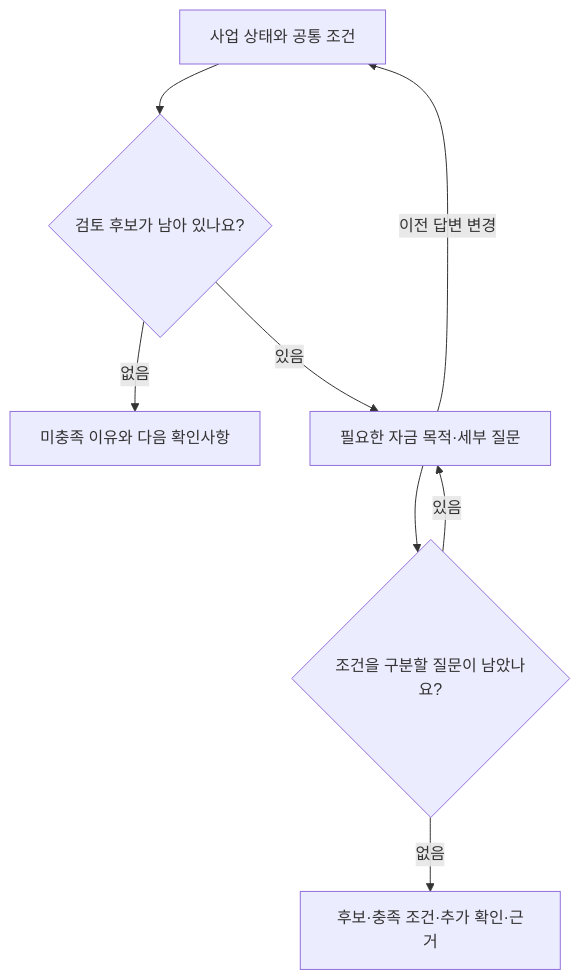
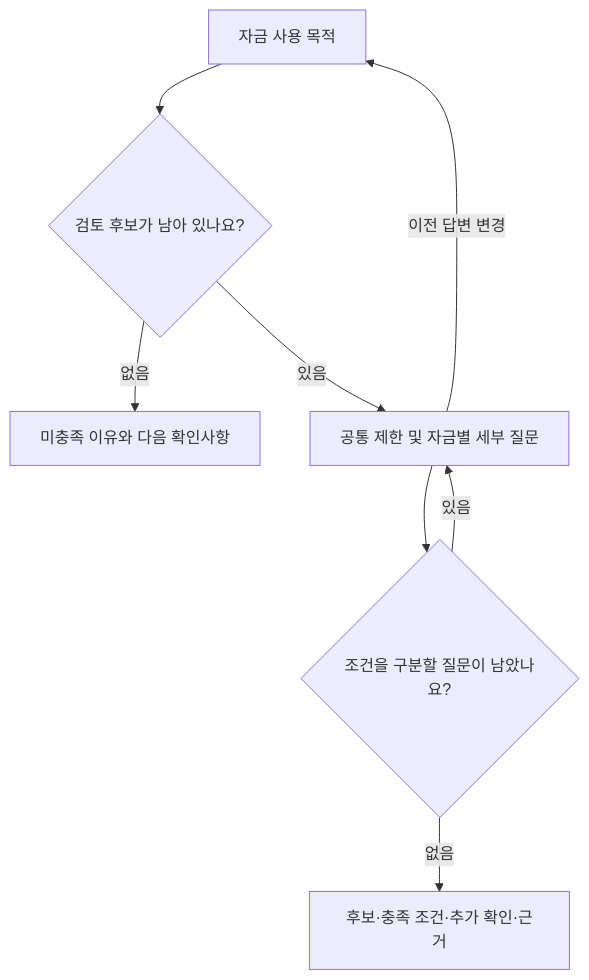
Before and after one commit to pty9945-tech/SEMAS: the diagram in docs/question-flow.md, drawn with Mermaid. The commit also changed other lines of this file and 21 other files, not shown here.

````diff
--- a/docs/question-flow.md
+++ b/docs/question-flow.md
@@ -57,10 +54,10 @@
 ```mermaid
 flowchart TD
- A[사업 상태와 공통 조건] --> B{검토 후보가 남아 있나요?}
+ A[자금 사용 목적] --> B{검토 후보가 남아 있나요?}
  B -- 없음 --> R[미충족 이유와 다음 확인사항]
- B -- 있음 --> C[필요한 자금 목적·세부 질문]
+ B -- 있음 --> C[공통 제한 및 자금별 세부 질문]
  C --> D{조건을 구분할 질문이 남았나요?}
  D -- 있음 --> C
  D -- 없음 --> E[후보·충족 조건·추가 확인·근거]
  C -- 이전 답변 변경 --> A
 ```
````
